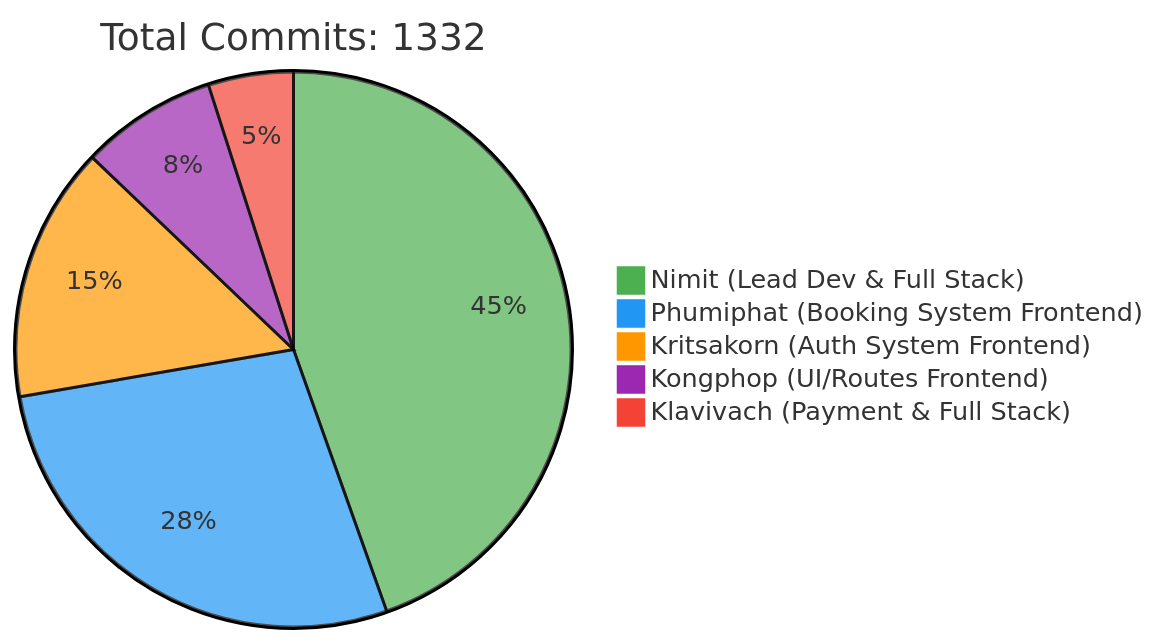
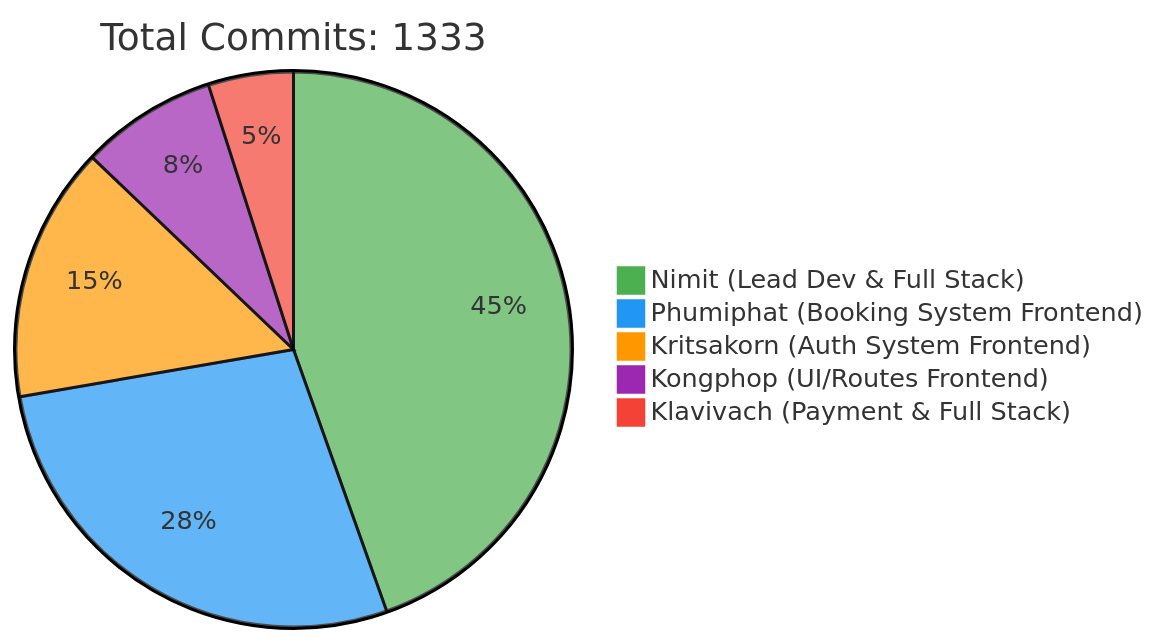
The first of 2 diagrams in README.md (6531503042/Sport-Complex), drawn with Mermaid before and after one commit. The commit also changed other lines of this file, not shown here.

Commit message:
docs: Update contributor statistics [skip ci]

````diff
--- a/README.md
+++ b/README.md
@@ -257,10 +257,10 @@
 ```mermaid
 %%{init: {'theme': 'base', 'themeVariables': { 'pie1': '#4CAF50', 'pie2': '#2196F3', 'pie3': '#FF9800', 'pie4': '#9C27B0', 'pie5': '#F44336'}}}%%
 pie
-    title Total Commits: 1332
+    title Total Commits: 1333
     "Nimit (Lead Dev & Full Stack)" : 450
     "Phumiphat (Booking System Frontend)" : 280
     "Kritsakorn (Auth System Frontend)" : 150
     "Kongphop (UI/Routes Frontend)" : 80
     "Klavivach (Payment & Full Stack)" : 50
 ```
````
